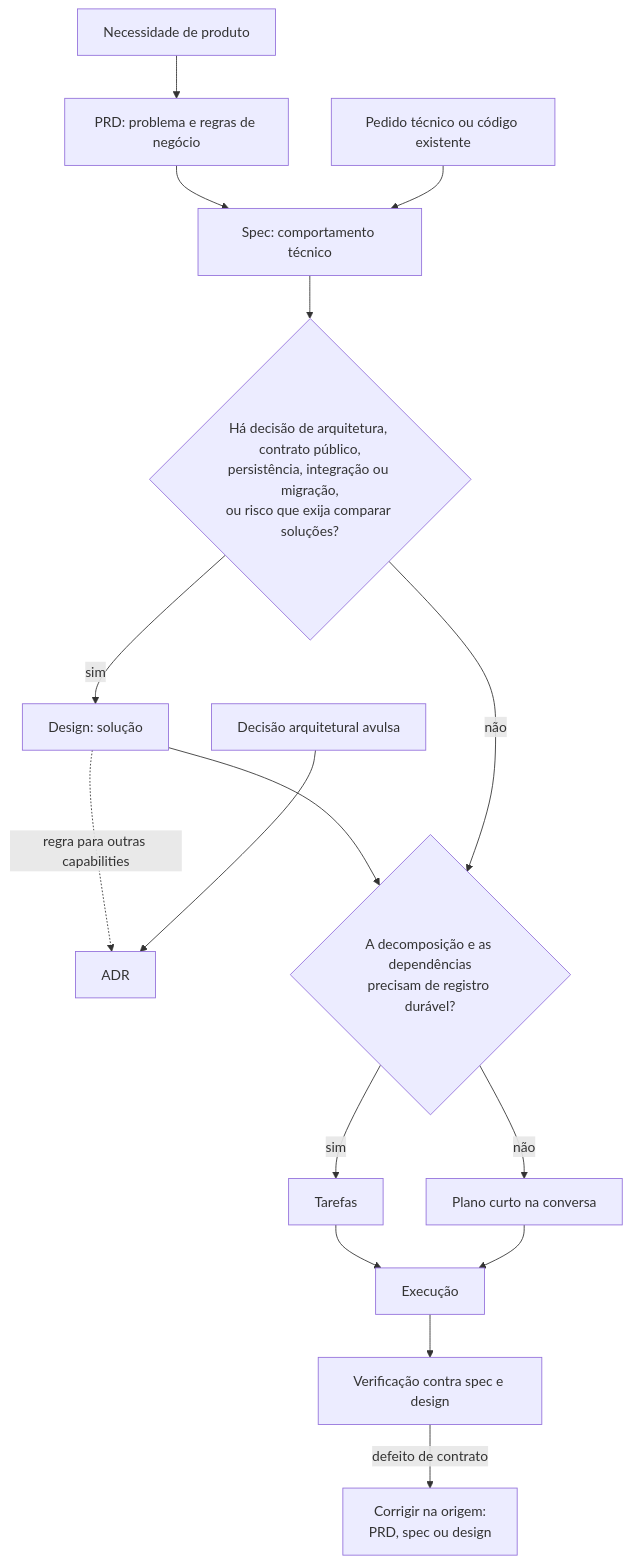
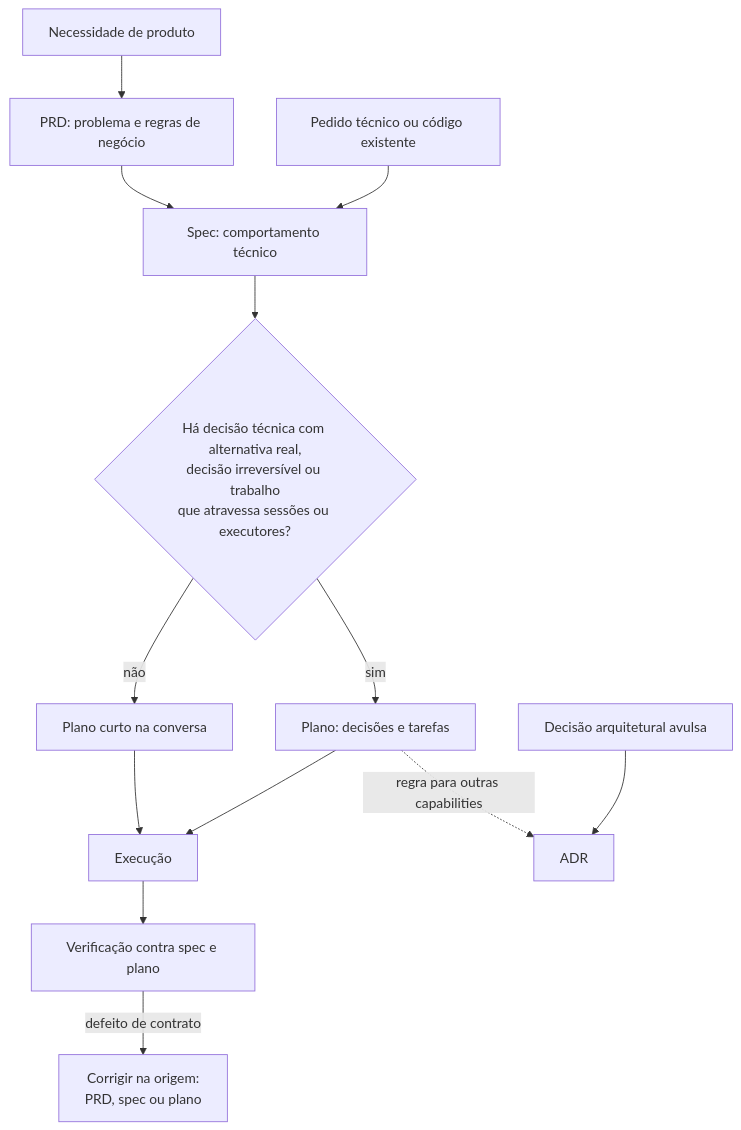
One commit to guilhermesalvi/ai-skills changed the diagram in plugins/ai-skills/skills/sdd/SKILL.md. Above: the diagram before and after it, drawn with Mermaid. The commit also changed other lines of this file and 12 other files, not shown here.

Commit message:
refactor: merge sdd design into tasks

````diff
--- a/plugins/ai-skills/skills/sdd/SKILL.md
+++ b/plugins/ai-skills/skills/sdd/SKILL.md
@@ -10,18 +10,15 @@
 ```mermaid
 flowchart TD
     Need[Necessidade de produto] --> PRD[PRD: problema e regras de negócio]
     PRD --> Spec[Spec: comportamento técnico]
     Source[Pedido técnico ou código existente] --> Spec
-    Spec --> NeedDesign{Há decisão de arquitetura, contrato público,<br/>persistência, integração ou migração,<br/>ou risco que exija comparar soluções?}
-    NeedDesign -- sim --> Design[Design: solução]
-    Design -. regra para outras capabilities .-> ADR[ADR]
+    Spec --> NeedPlan{Há decisão técnica com alternativa real,<br/>decisão irreversível ou trabalho<br/>que atravessa sessões ou executores?}
+    NeedPlan -- sim --> Plan[Plano: decisões e tarefas]
+    NeedPlan -- não --> Short[Plano curto na conversa]
+    Plan -. regra para outras capabilities .-> ADR[ADR]
     Decision[Decisão arquitetural avulsa] --> ADR
-    Design --> NeedTasks
-    NeedDesign -- não --> NeedTasks{A decomposição e as dependências<br/>precisam de registro durável?}
-    NeedTasks -- sim --> Tasks[Tarefas]
-    NeedTasks -- não --> Plan[Plano curto na conversa]
-    Tasks --> Execute[Execução]
-    Plan --> Execute
-    Execute --> Verify[Verificação contra spec e design]
-    Verify -- defeito de contrato --> Fix[Corrigir na origem:<br/>PRD, spec ou design]
+    Plan --> Execute[Execução]
+    Short --> Execute
+    Execute --> Verify[Verificação contra spec e plano]
+    Verify -- defeito de contrato --> Fix[Corrigir na origem:<br/>PRD, spec ou plano]
 ```
````
